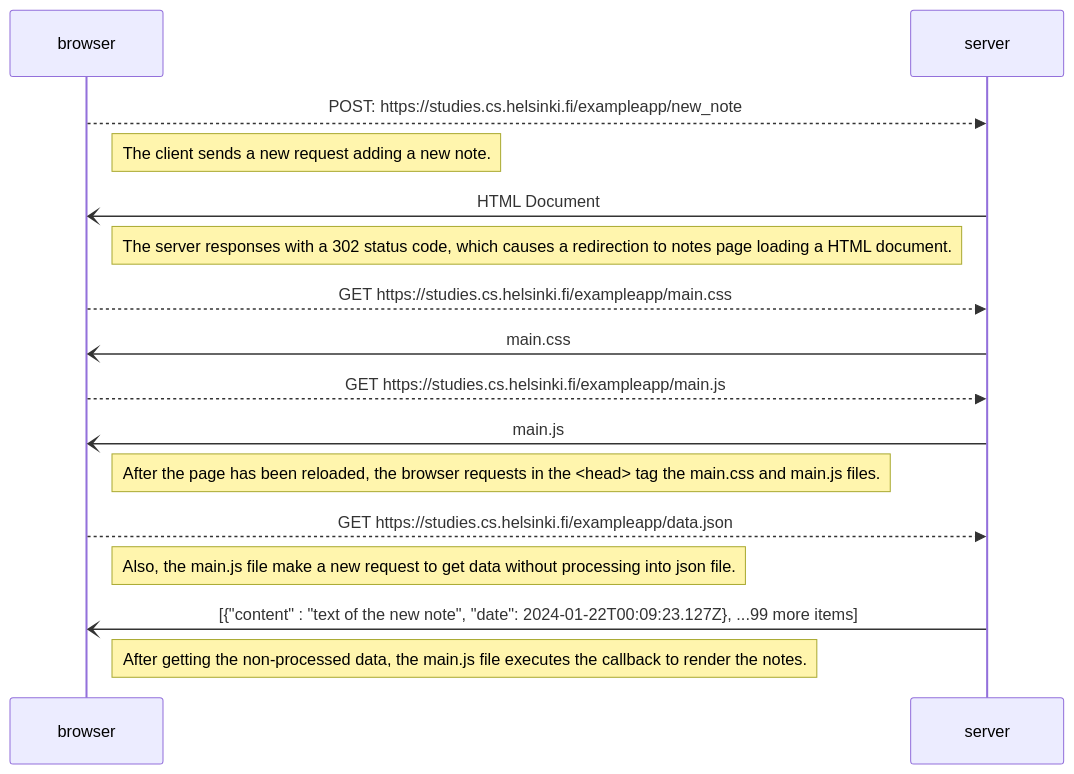
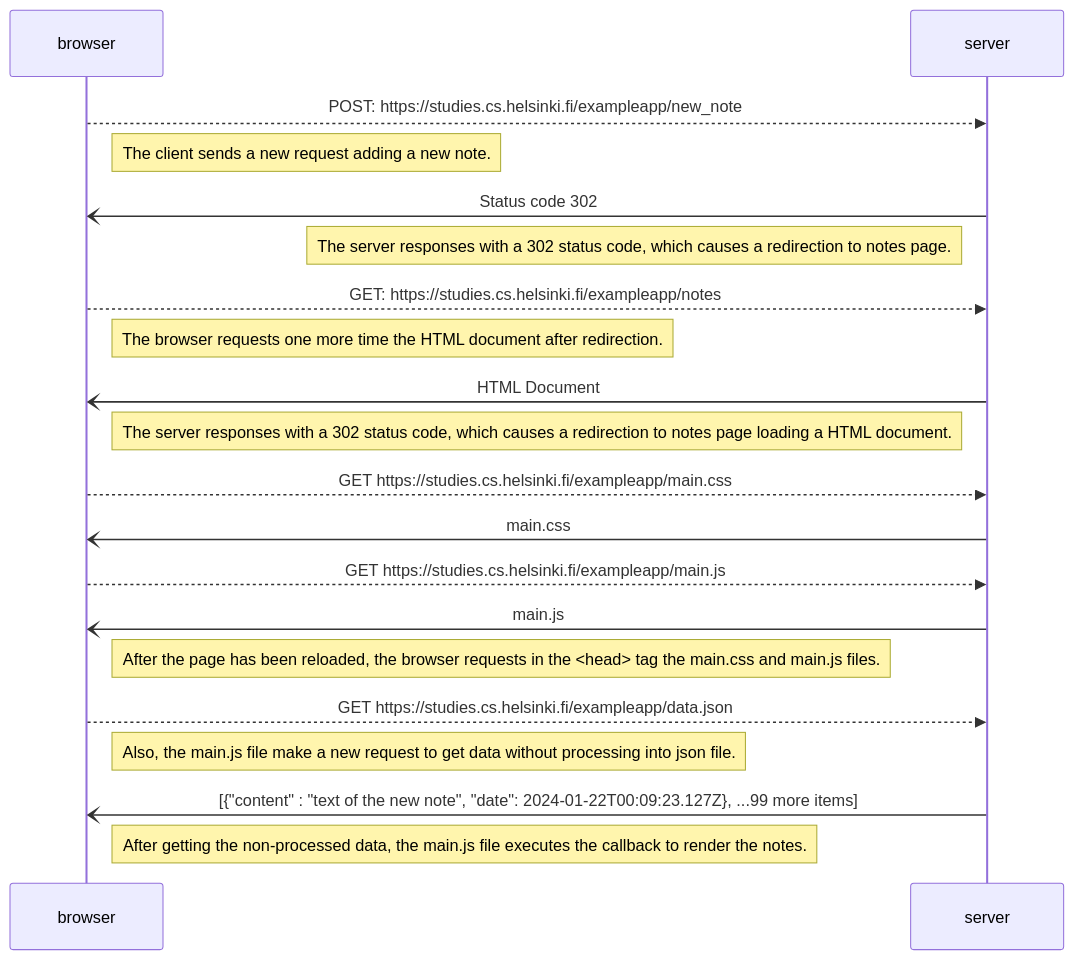
One commit to MikoVelascoRamirez/fullstackopen-exercises-repo changed the diagram in part0/exercises/sequence_diagram_notes.md. Above: the diagram before and after it, drawn with Mermaid.

Commit message:
34. fix: re-writing response process  of the server.

````diff
--- a/part0/exercises/sequence_diagram_notes.md
+++ b/part0/exercises/sequence_diagram_notes.md
@@ -1,25 +1,31 @@
 ```mermaid
 sequenceDiagram;
 
     participant browser
     participant server
 
 
     browser-->>server: POST: https://studies.cs.helsinki.fi/exampleapp/new_note
     Note right of browser: The client sends a new request adding a new note.
+
+    server-)browser: Status code 302
+    Note left of server: The server responses with a 302 status code, which causes a redirection to notes page.
+
+    browser-->>server: GET: https://studies.cs.helsinki.fi/exampleapp/notes
+    Note right of browser: The browser requests one more time the HTML document after redirection.
 
     server-)browser: HTML Document
     Note left of server: The server responses with a 302 status code, which causes a redirection to notes page loading a HTML document.
 
     browser-->>server: GET https://studies.cs.helsinki.fi/exampleapp/main.css
     server-)browser: main.css
     browser-->>server: GET https://studies.cs.helsinki.fi/exampleapp/main.js
     server-)browser: main.js
     Note right of browser: After the page has been reloaded, the browser requests in the <head> tag the main.css and main.js files.
 
     browser-->>server: GET https://studies.cs.helsinki.fi/exampleapp/data.json
     Note right of browser: Also, the main.js file make a new request to get data without processing into json file.
 
     server-)browser: [{"content" : "text of the new note", "date": 2024-01-22T00:09:23.127Z}, ...99 more items]
     Note right of browser: After getting the non-processed data, the main.js file executes the callback to render the notes.
 ```
````
